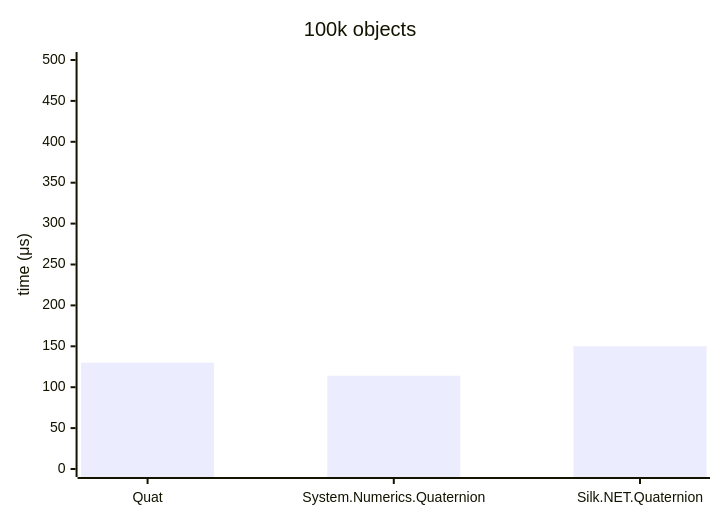
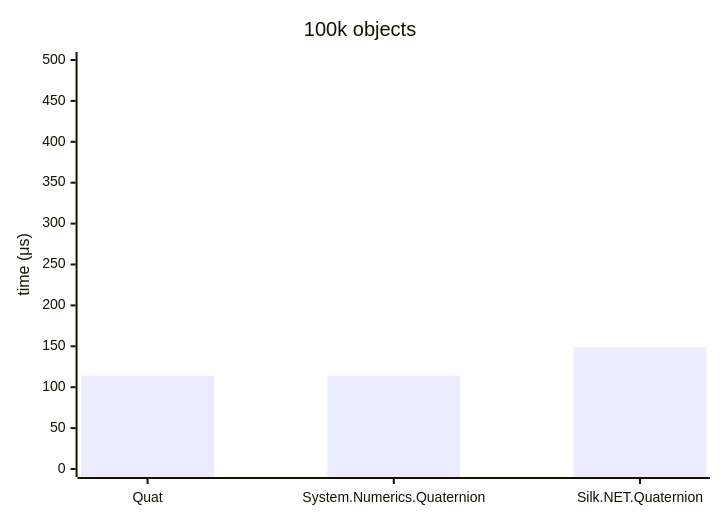
One commit to malstraem/generic-simd-numerics changed the fourth of 4 diagrams in reports/quat-f32.md. Above: the diagram before and after it, drawn with Mermaid. The commit also changed other lines of this file and 90 other files, not shown here.

````diff
--- a/reports/quat-f32.md
+++ b/reports/quat-f32.md
@@ -602,7 +594,7 @@
 ```mermaid
 xychart
     title "100k objects"
     x-axis [Quat, System.Numerics.Quaternion, Silk.NET.Quaternion]
     y-axis "time (μs)" 0 --> 500
-    bar [130, 114, 150]
+    bar [114, 114, 149]
 ```
````
